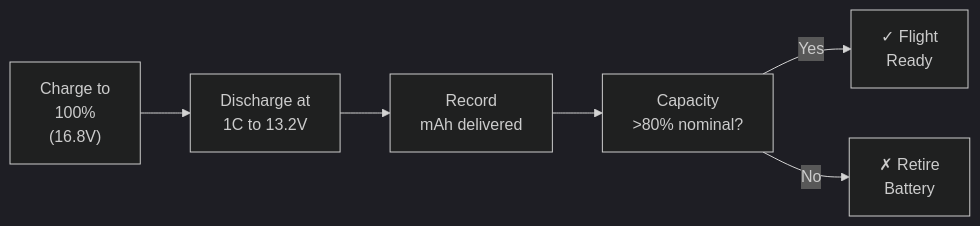
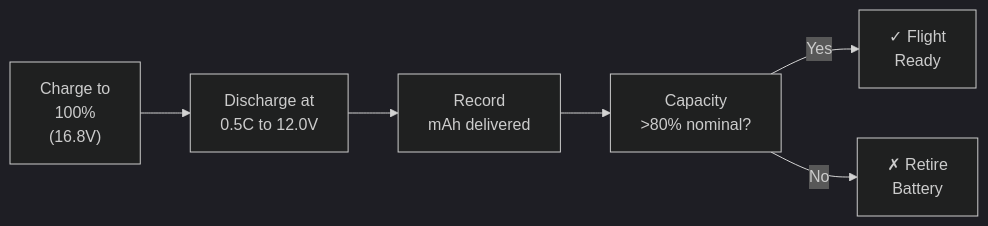
The third of 12 diagrams in docs/power-system.md (Bumply/ANKA-IREC-2026), drawn with Mermaid (dark theme) before and after one commit. The commit also changed other lines of this file and 4 other files, not shown here.

````diff
--- a/docs/power-system.md
+++ b/docs/power-system.md
@@ -112,13 +127,13 @@
 ```mermaid
 flowchart LR
     FULL["Charge to<br/>100%<br/>(16.8V)"]
-    DISCHARGE["Discharge at<br/>1C to 13.2V"]
+    DISCHARGE["Discharge at<br/>0.5C to 12.0V"]
     MEASURE["Record<br/>mAh delivered"]
     EVALUATE["Capacity<br/>>80% nominal?"]
     PASS["✓ Flight<br/>Ready"]
     FAIL["✗ Retire<br/>Battery"]
 
     FULL --> DISCHARGE --> MEASURE --> EVALUATE
     EVALUATE -->|Yes| PASS
     EVALUATE -->|No| FAIL
 ```
````
